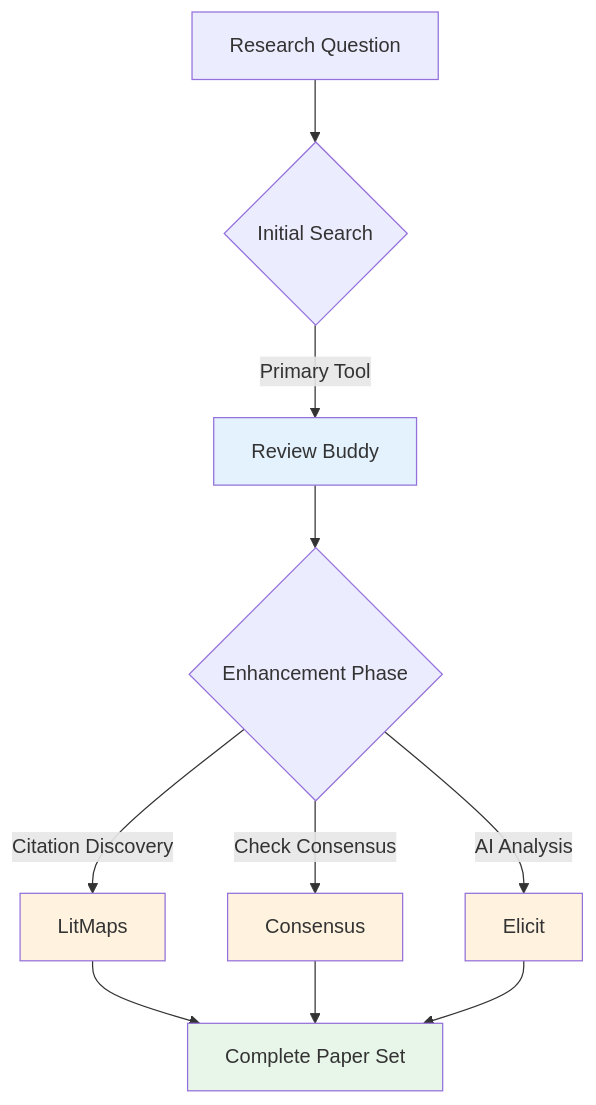
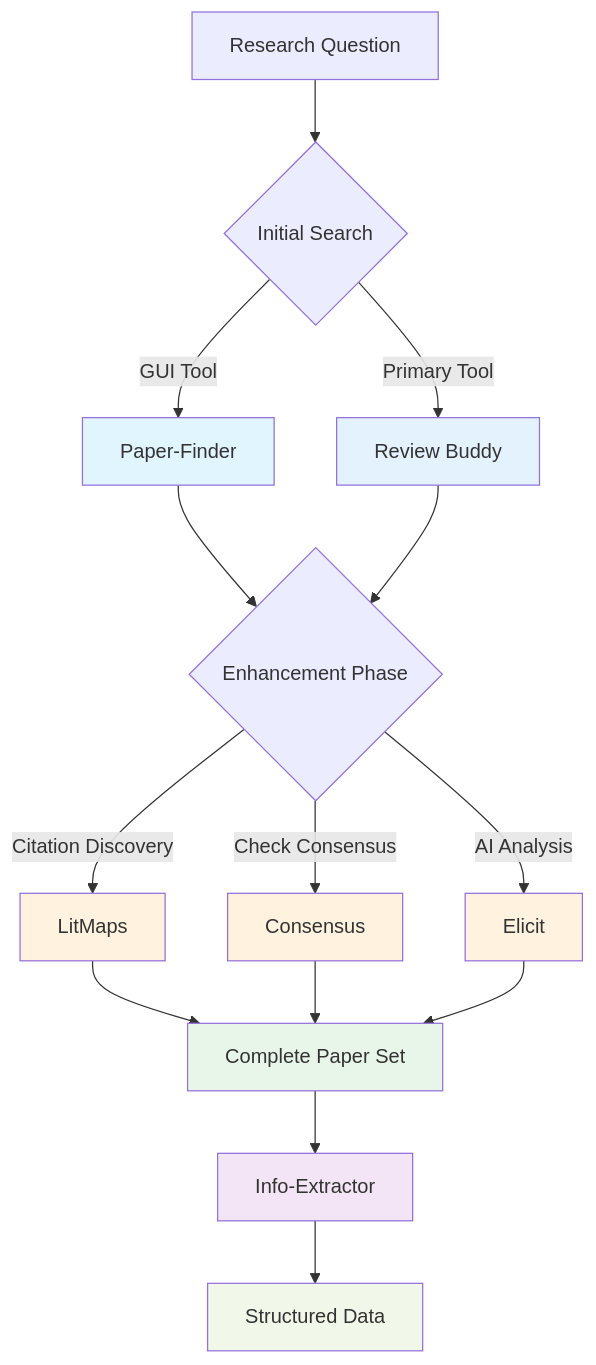
The diagram in book/additional_tools/0_Overview.md (leonardozaggia/automated_systematic_literature_search), drawn with Mermaid before and after one commit. The commit also changed other lines of this file and 4 other files, not shown here.

````diff
--- a/book/additional_tools/0_Overview.md
+++ b/book/additional_tools/0_Overview.md
@@ -36,20 +50,29 @@
 ```{mermaid}
 graph TD
     A[Research Question] --> B{Initial Search}
+    B -->|GUI Tool| PF[Paper-Finder]
     B -->|Primary Tool| C[Review Buddy]
-    C --> F{Enhancement Phase}
+    
+    PF --> F{Enhancement Phase}
+    C --> F
     
     F -->|Citation Discovery| G[LitMaps]
     F -->|Check Consensus| H[Consensus]
     F -->|AI Analysis| I[Elicit]
     
     G --> J[Complete Paper Set]
     H --> J
     I --> J
     
+    J --> K[Info-Extractor]
+    K --> L[Structured Data]
+    
+    style PF fill:#e1f5fe
     style C fill:#e3f2fd
     style G fill:#fff3e0
     style H fill:#fff3e0
     style I fill:#fff3e0
     style J fill:#e8f5e9
+    style K fill:#f3e5f5
+    style L fill:#f1f8e9
 ```
````
